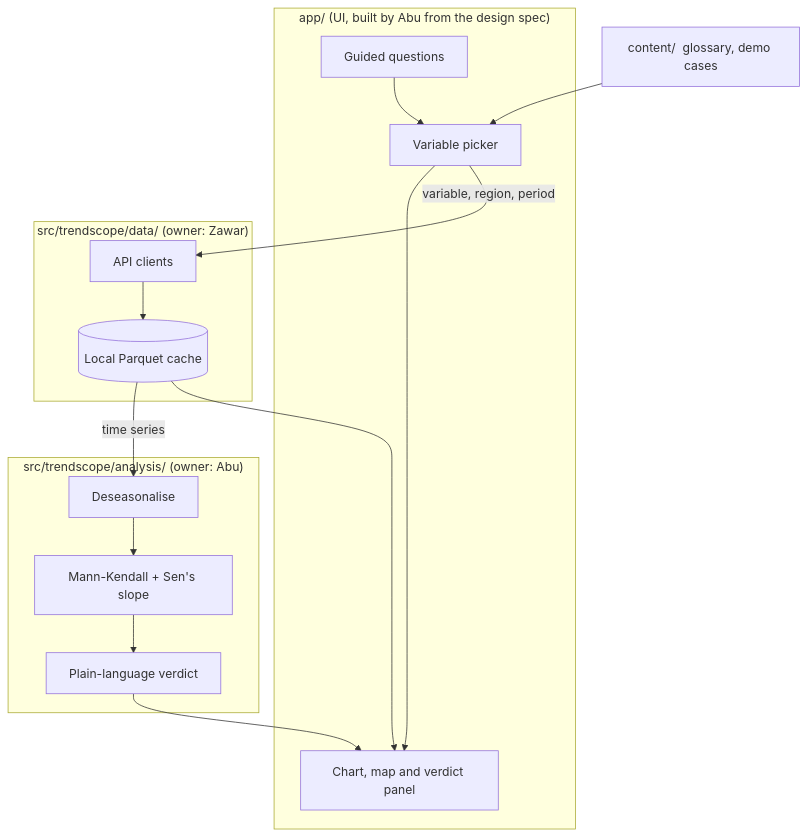
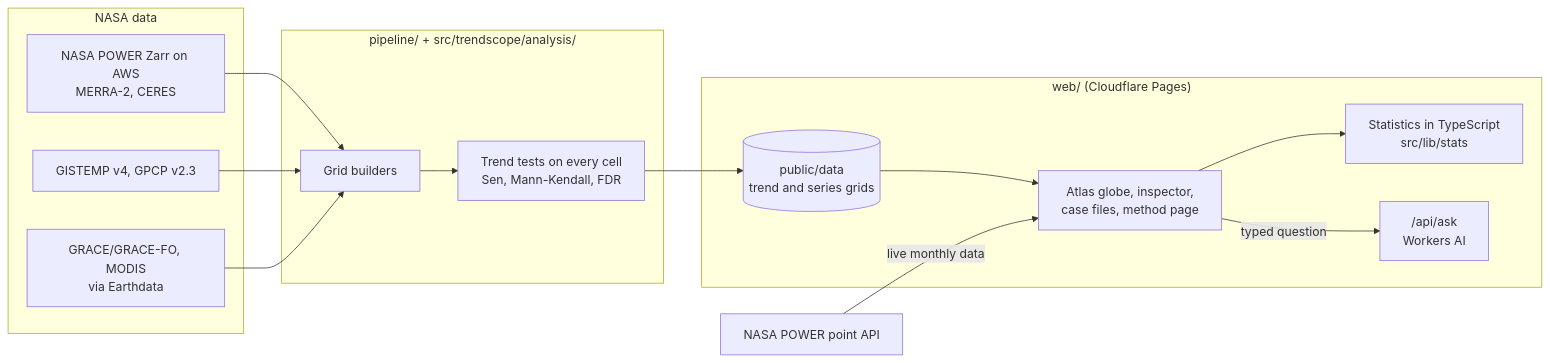
One commit to abuhuraira99/trendscope-nasa-space-apps-2026 changed the diagram in docs/architecture.md. Above: the diagram before and after it, drawn with Mermaid. The commit also changed other lines of this file and 4 other files, not shown here.

First line of the commit message:
docs: describe the shipped architecture and remove the old Streamlit placeholders

````diff
--- a/docs/architecture.md
+++ b/docs/architecture.md
@@ -6,18 +7,26 @@
 ```mermaid
-flowchart TB
-    subgraph app["app/  (UI, built by Abu from the design spec)"]
-        Q[Guided questions] --> P[Variable picker]
-        P --> V[Chart, map and verdict panel]
+flowchart LR
+    subgraph sources["NASA data"]
+        Z["NASA POWER Zarr on AWS<br/>MERRA-2, CERES"]
+        O["GISTEMP v4, GPCP v2.3"]
+        E["GRACE/GRACE-FO, MODIS<br/>via Earthdata"]
     end
-    subgraph data["src/trendscope/data/  (owner: Zawar)"]
-        F[API clients] --> K[(Local Parquet cache)]
+    subgraph pipeline["pipeline/ + src/trendscope/analysis/"]
+        B["Grid builders"] --> S["Trend tests on every cell<br/>Sen, Mann-Kendall, FDR"]
     end
-    subgraph analysis["src/trendscope/analysis/  (owner: Abu)"]
-        S[Deseasonalise] --> M[Mann-Kendall + Sen's slope] --> R[Plain-language verdict]
+    subgraph web["web/ (Cloudflare Pages)"]
+        G[("public/data<br/>trend and series grids")]
+        A["Atlas globe, inspector,<br/>case files, method page"]
+        T["Statistics in TypeScript<br/>src/lib/stats"]
+        F["/api/ask<br/>Workers AI"]
     end
-    G[content/  glossary, demo cases] --> P
-    P -- variable, region, period --> F
-    K -- time series --> S
-    R --> V
-    K --> V
+    P["NASA POWER point API"]
+    Z --> B
+    O --> B
+    E --> B
+    S --> G
+    G --> A
+    A --> T
+    P -- live monthly data --> A
+    A -- typed question --> F
 ```
````
